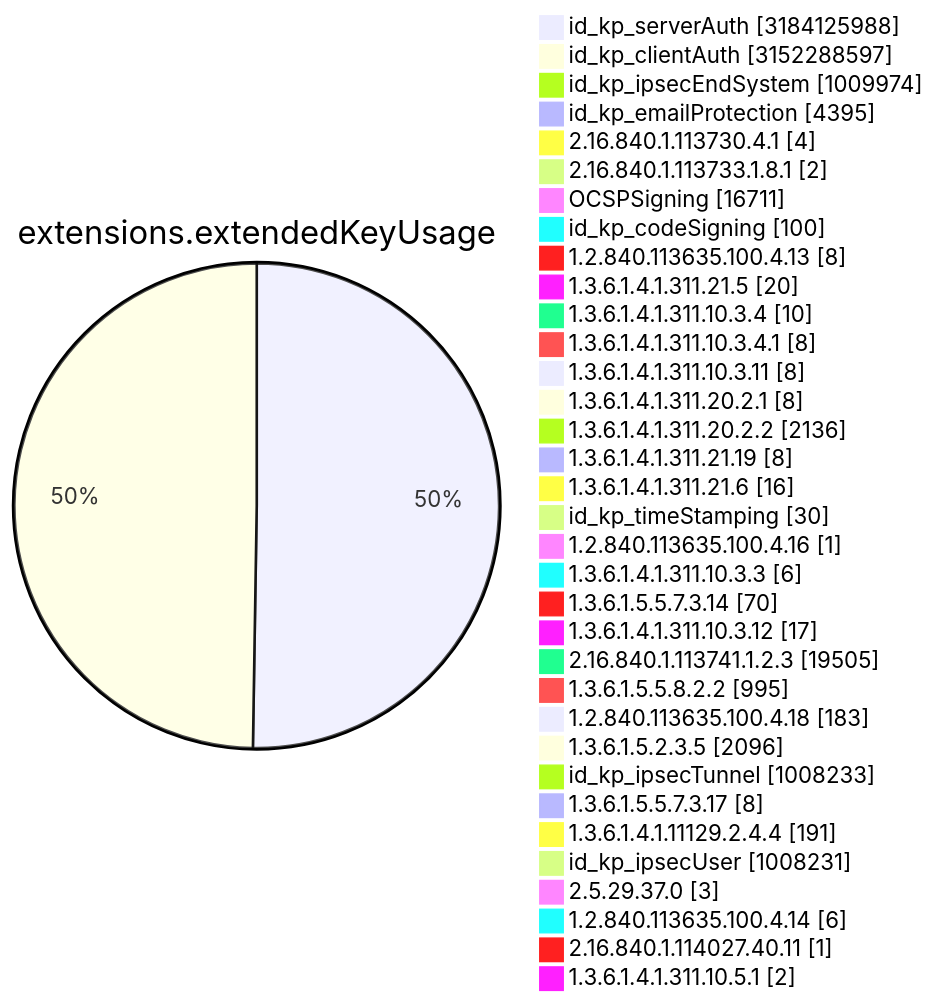
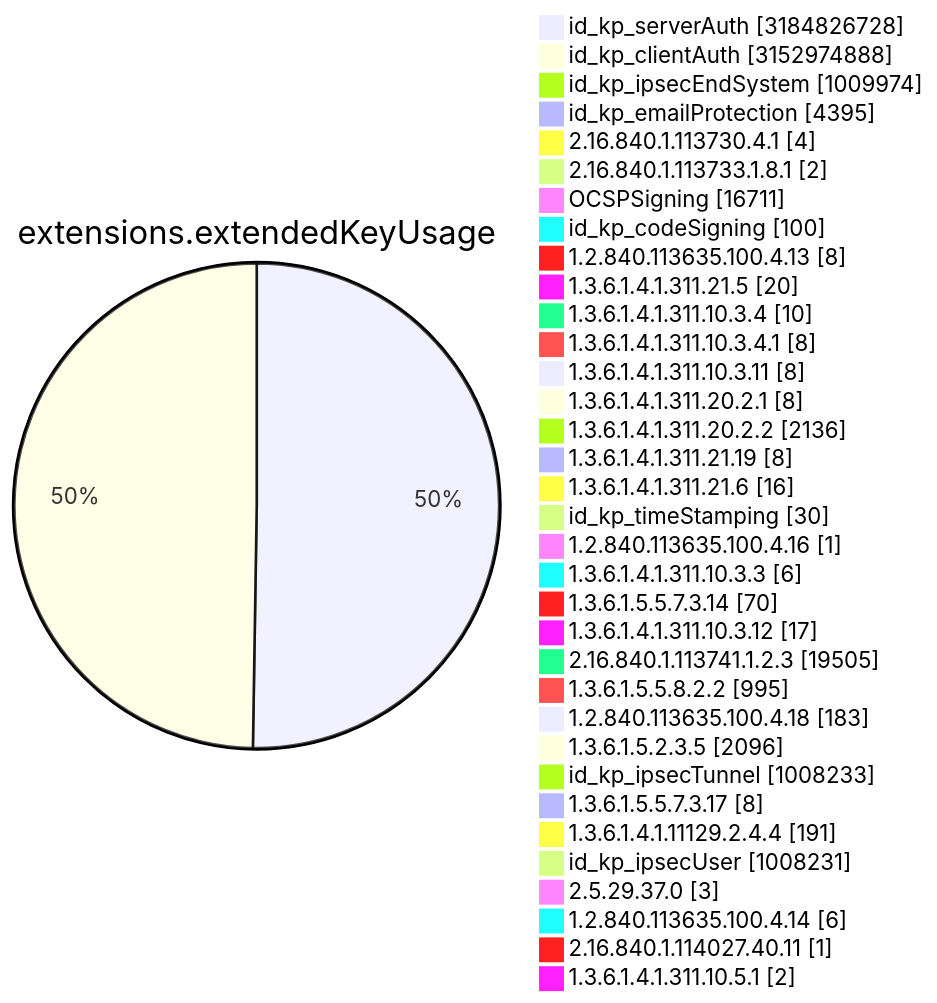
One commit to christiankrug/ctmonitor_visualization changed diagram 11 of 15 in TOTAL/README.md. Above: the diagram before and after it, drawn with Mermaid. The commit also changed other lines of this file, not shown here.

````diff
--- a/TOTAL/README.md
+++ b/TOTAL/README.md
@@ -4119,38 +4119,38 @@
 ```mermaid
 pie showData
 title extensions.extendedKeyUsage
-"id_kp_serverAuth" :3184125988
-"id_kp_clientAuth" :3152288597
+"id_kp_serverAuth" :3184826728
+"id_kp_clientAuth" :3152974888
 "id_kp_ipsecEndSystem" :1009974
 "id_kp_emailProtection" :4395
 "2.16.840.1.113730.4.1" :4
 "2.16.840.1.113733.1.8.1" :2
 "OCSPSigning" :16711
 "id_kp_codeSigning" :100
 "1.2.840.113635.100.4.13" :8
 "1.3.6.1.4.1.311.21.5" :20
 "1.3.6.1.4.1.311.10.3.4" :10
 "1.3.6.1.4.1.311.10.3.4.1" :8
 "1.3.6.1.4.1.311.10.3.11" :8
 "1.3.6.1.4.1.311.20.2.1" :8
 "1.3.6.1.4.1.311.20.2.2" :2136
 "1.3.6.1.4.1.311.21.19" :8
 "1.3.6.1.4.1.311.21.6" :16
 "id_kp_timeStamping" :30
 "1.2.840.113635.100.4.16" :1
 "1.3.6.1.4.1.311.10.3.3" :6
 "1.3.6.1.5.5.7.3.14" :70
 "1.3.6.1.4.1.311.10.3.12" :17
 "2.16.840.1.113741.1.2.3" :19505
 "1.3.6.1.5.5.8.2.2" :995
 "1.2.840.113635.100.4.18" :183
 "1.3.6.1.5.2.3.5" :2096
 "id_kp_ipsecTunnel" :1008233
 "1.3.6.1.5.5.7.3.17" :8
 "1.3.6.1.4.1.11129.2.4.4" :191
 "id_kp_ipsecUser" :1008231
 "2.5.29.37.0" :3
 "1.2.840.113635.100.4.14" :6
 "2.16.840.1.114027.40.11" :1
 "1.3.6.1.4.1.311.10.5.1" :2
 ```
````
